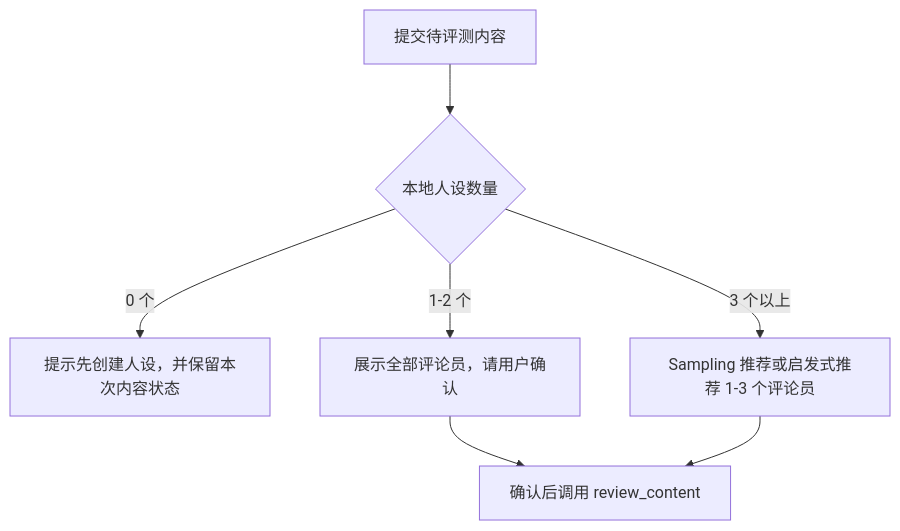
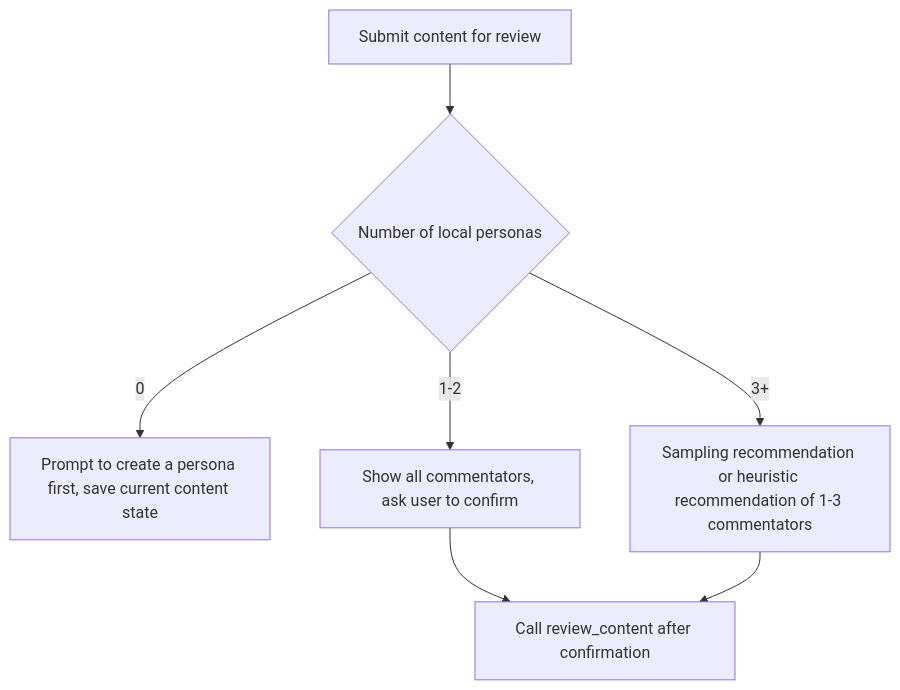
Before and after one commit to ChurzeXo/kevlar-4u: the first of 3 diagrams in README.md, drawn with Mermaid. The commit also changed other lines of this file and 3 other files, not shown here.

````diff
--- a/README.md
+++ b/README.md
@@ -108,9 +110,9 @@
 ```mermaid
 flowchart TD
-  A["提交待评测内容"] --> B{"本地人设数量"}
-  B -->|0 个| C["提示先创建人设，并保留本次内容状态"]
-  B -->|1-2 个| D["展示全部评论员，请用户确认"]
-  B -->|3 个以上| E["Sampling 推荐或启发式推荐 1-3 个评论员"]
-  D --> F["确认后调用 review_content"]
+  A["Submit content for review"] --> B{"Number of local personas"}
+  B -->|0| C["Prompt to create a persona first, save current content state"]
+  B -->|1-2| D["Show all commentators, ask user to confirm"]
+  B -->|3+| E["Sampling recommendation or heuristic recommendation of 1-3 commentators"]
+  D --> F["Call review_content after confirmation"]
   E --> F
 ```
````
